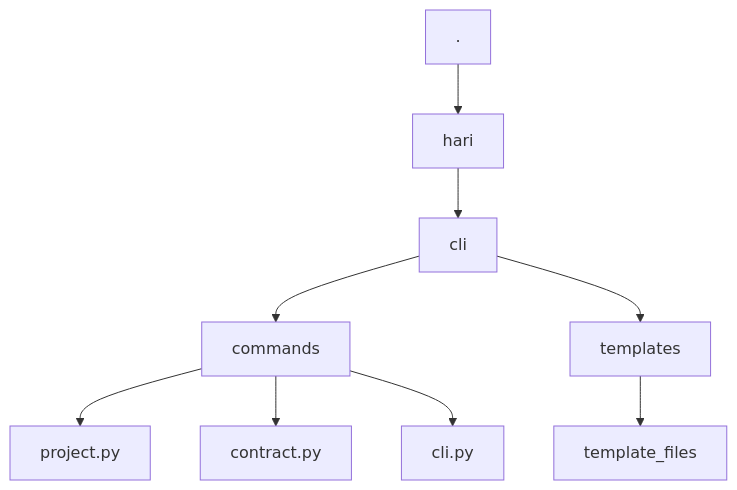
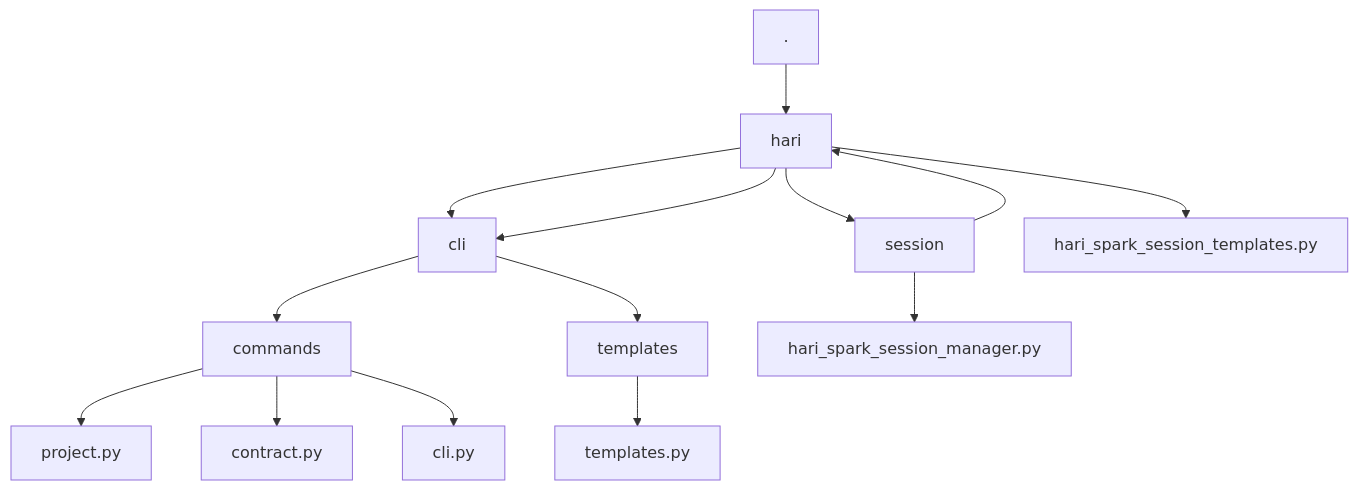
The second of 3 diagrams in docs/02_contribute.md (julioszeferino/hari), drawn with Mermaid before and after one commit. The commit also changed other lines of this file and 3 other files, not shown here.

````diff
--- a/docs/02_contribute.md
+++ b/docs/02_contribute.md
@@ -20,13 +20,19 @@
 ```mermaid
 flowchart
 	. --> hari --> cli
 
+	hari --> cli
+	hari --> session
+
     cli --> commands
     cli --> templates
 
-    templates --> template_files
+    templates --> templates.py
 	
 	commands --> project.py
 	commands --> contract.py
 	commands --> cli.py
+
+	session --> hari_spark_session_manager.py
+	session --> hari --> hari_spark_session_templates.py
 ```
````
